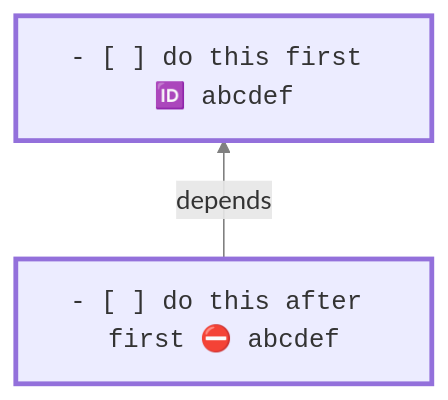
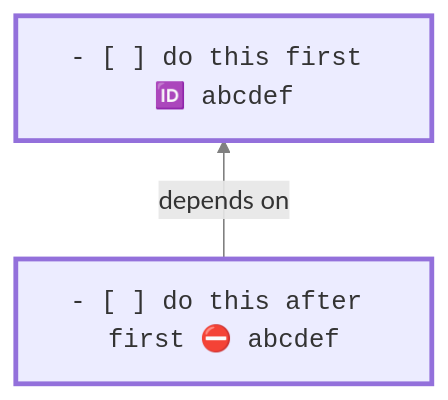
One commit to obsidian-tasks-group/obsidian-tasks changed the first of 2 diagrams in docs/Getting Started/Task Dependencies.md. Above: the diagram before and after it, drawn with Mermaid. The commit also changed other lines of this file and 1 other file, not shown here.

````diff
--- a/docs/Getting Started/Task Dependencies.md
+++ b/docs/Getting Started/Task Dependencies.md
@@ -30,11 +33,11 @@
 ```mermaid
 flowchart BT
 
 classDef TASK        stroke-width:3px,font-family:monospace;
 
 2["- [ ] do this first 🆔 abcdef"]:::TASK
 1["- [ ] do this after first ⛔️ abcdef"]:::TASK
-1-- depends --> 2
+1-- depends on --> 2
 
 linkStyle default stroke:gray
 ```
````
